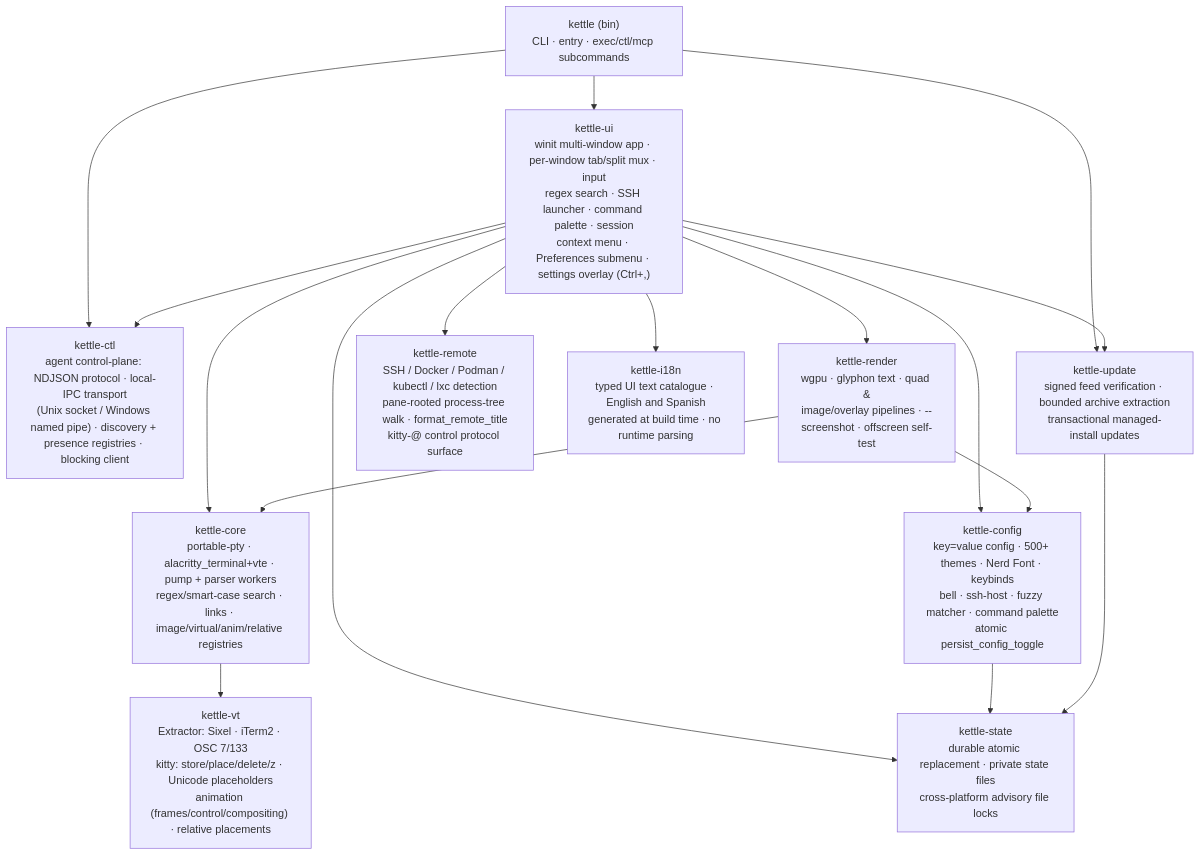
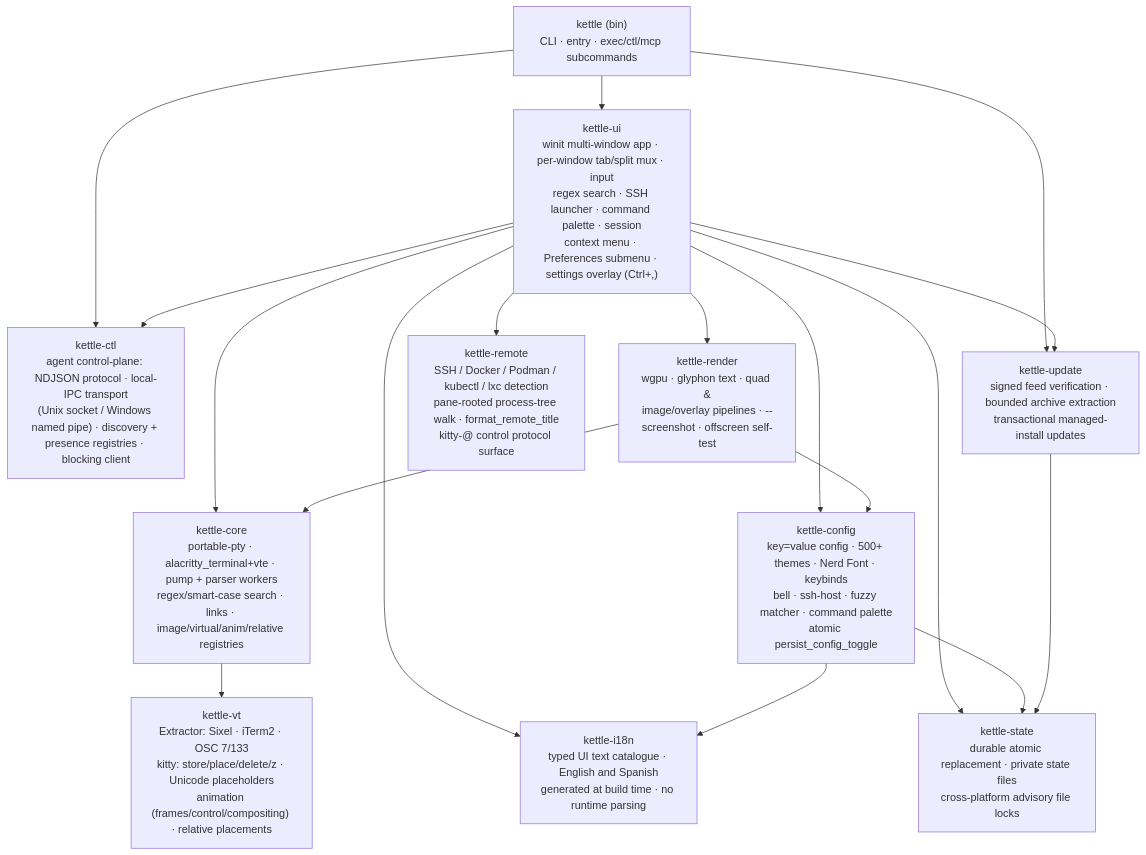
One commit to Reddimus/kettle changed the first of 11 diagrams in docs/ARCHITECTURE.md. Above: the diagram before and after it, drawn with Mermaid. The commit also changed other lines of this file and 8 other files, not shown here.

````diff
--- a/docs/ARCHITECTURE.md
+++ b/docs/ARCHITECTURE.md
@@ -10,24 +10,25 @@
 ```mermaid
 graph TD
     bin["kettle (bin)<br/>CLI · entry · exec/ctl/mcp subcommands"] --> ui
     bin --> ctl
     bin --> update
     ui["kettle-ui<br/>winit multi-window app · per-window tab/split mux · input<br/>regex search · SSH launcher · command palette · session<br/>context menu · Preferences submenu · settings overlay (Ctrl+,)"] --> render
     ui --> core
     ui --> cfg
     ui --> remote
     ui --> ctl
     ui --> state
     ui --> update
     ui --> i18n
     i18n["kettle-i18n<br/>typed UI text catalogue · English and Spanish<br/>generated at build time · no runtime parsing"]
     ctl["kettle-ctl<br/>agent control-plane: NDJSON protocol · local-IPC transport<br/>(Unix socket / Windows named pipe) · discovery + presence registries · blocking client"]
     render["kettle-render<br/>wgpu · glyphon text · quad &<br/>image/overlay pipelines · --screenshot · offscreen self-test"] --> core
     render --> cfg
     core["kettle-core<br/>portable-pty · alacritty_terminal+vte · pump + parser workers<br/>regex/smart-case search · links · image/virtual/anim/relative registries"] --> vt
+    cfg --> i18n
     cfg["kettle-config<br/>key=value config · 500+ themes · Nerd Font · keybinds<br/>bell · ssh-host · fuzzy matcher · command palette<br/>atomic persist_config_toggle"] --> state
     vt["kettle-vt<br/>Extractor: Sixel · iTerm2 · OSC 7/133<br/>kitty: store/place/delete/z · Unicode placeholders<br/>animation (frames/control/compositing) · relative placements"]
     remote["kettle-remote<br/>SSH / Docker / Podman / kubectl / lxc detection<br/>pane-rooted process-tree walk · format_remote_title<br/>kitty-@ control protocol surface"]
     update["kettle-update<br/>signed feed verification · bounded archive extraction<br/>transactional managed-install updates"] --> state
     state["kettle-state<br/>durable atomic replacement · private state files<br/>cross-platform advisory file locks"]
 ```
````
